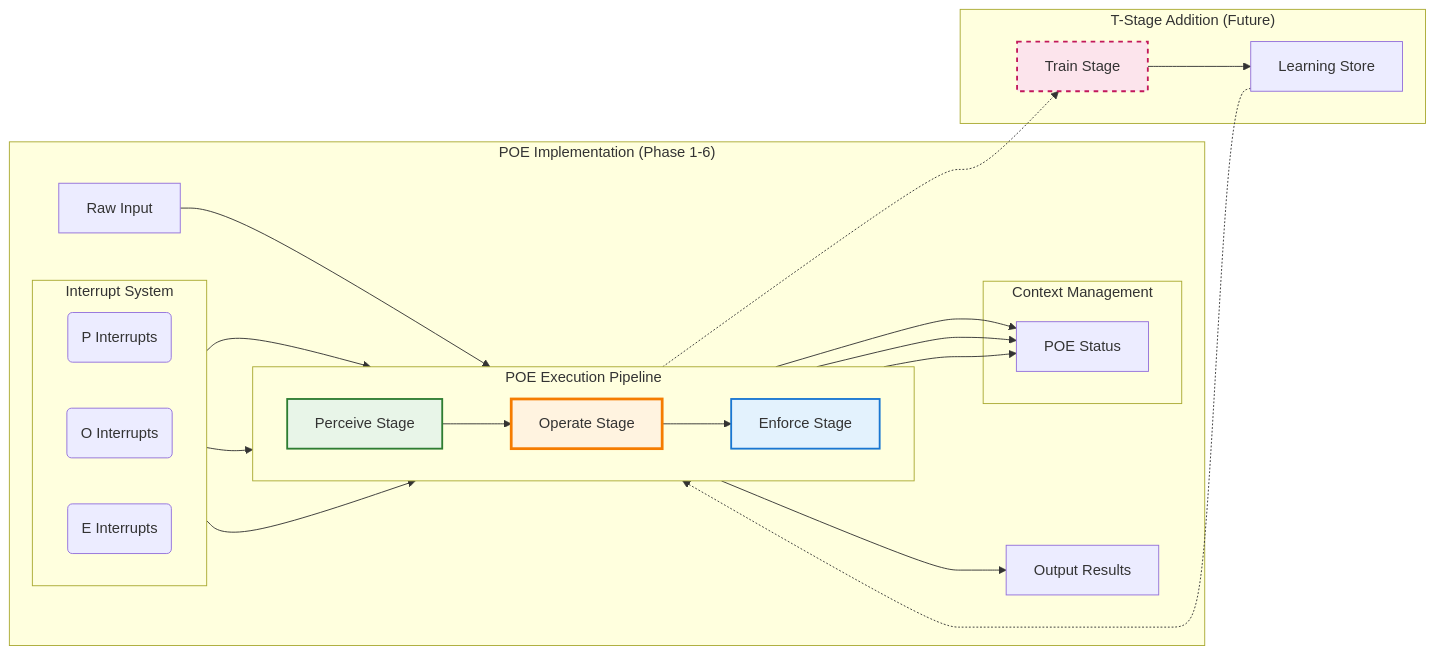
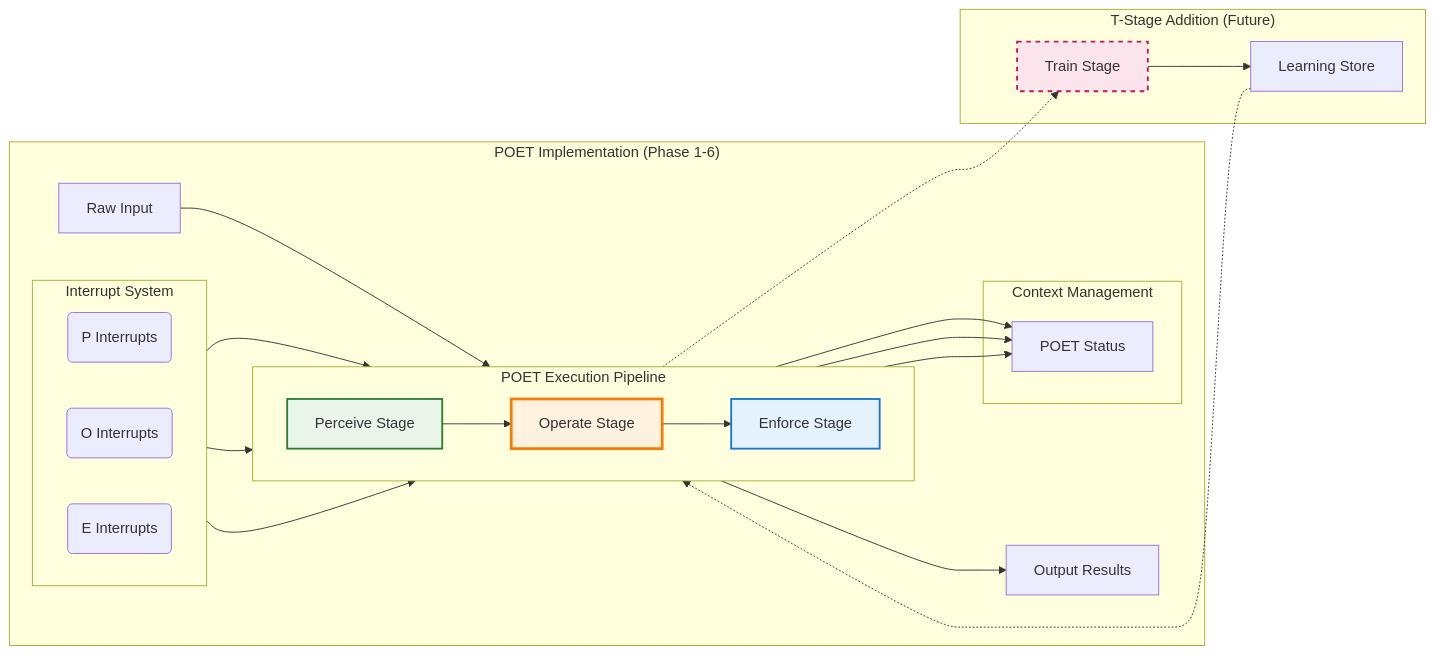
Before and after one commit to aitomatic/dana: the diagram in docs/.implementation/poet/01_poet_architecture.md, drawn with Mermaid. The commit also changed other lines of this file and 92 other files, not shown here.

Commit message:
Update POET documentation and configuration to reflect framework enhancements, including renaming from POE to POET, adjusting parameter storage paths, and refining example usage for clarity and consistency.

````diff
--- a/docs/.implementation/poet/01_poet_architecture.md
+++ b/docs/.implementation/poet/01_poet_architecture.md
@@ -21,38 +21,38 @@
 ```mermaid
 graph LR
-    subgraph "POE Implementation (Phase 1-6)"
+    subgraph "POET Implementation (Phase 1-6)"
         A[Raw Input] --> P[Perceive Stage]
 
-        subgraph "POE Execution Pipeline"
+        subgraph "POET Execution Pipeline"
             direction LR
             P --> O[Operate Stage]
             O --> E[Enforce Stage]
         end
 
         E --> B[Output Results]
 
         subgraph "Interrupt System"
             direction LR
             I1(P Interrupts) --> P
             I2(O Interrupts) --> O
             I3(E Interrupts) --> E
         end
 
         subgraph "Context Management"
-            P --> PS[POE Status]
+            P --> PS[POET Status]
             O --> PS
             E --> PS
         end
     end
     
     subgraph "T-Stage Addition (Future)"
         T[Train Stage] --> LS[Learning Store]
         LS -.-> P
         E -.-> T
     end
     
     style P fill:#e8f5e8,stroke:#2e7d32,stroke-width:2px
     style O fill:#fff3e0,stroke:#f57c00,stroke-width:3px
     style E fill:#e3f2fd,stroke:#1976d2,stroke-width:2px
     style T fill:#fce4ec,stroke:#c2185b,stroke-width:2px,stroke-dasharray: 5 5
 ```
````
